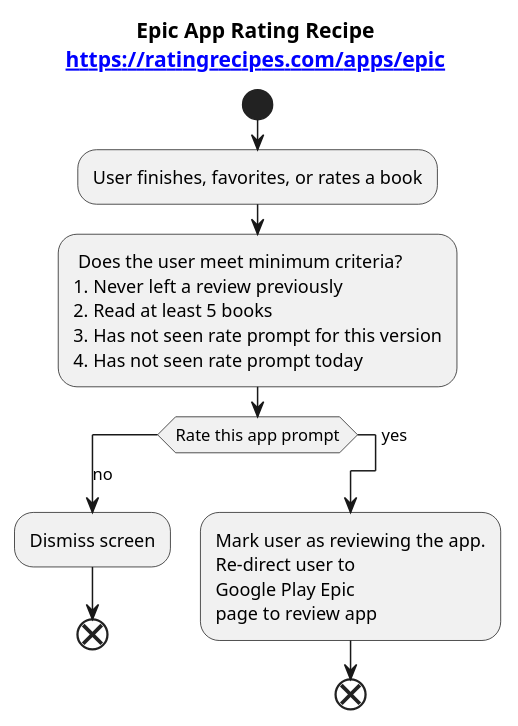
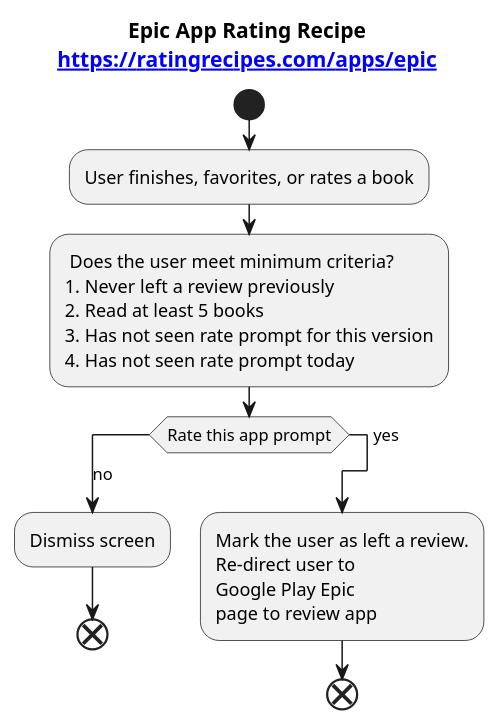
The diagram in apps/epic/flow.iuml (ratingrecipes/ratingrecipes), drawn with PlantUML before and after one commit.

```diff
--- a/apps/epic/flow.iuml
+++ b/apps/epic/flow.iuml
@@ -1,25 +1,25 @@
 @startuml
 
 title Epic App Rating Recipe\n[[https://ratingrecipes.com/apps/epic]]
 
 start
 
 :User finishes, favorites, or rates a book;
 : Does the user meet minimum criteria?
 # Never left a review previously
 # Read at least 5 books
 # Has not seen rate prompt for this version
 # Has not seen rate prompt today;
 switch (Rate this app prompt)
     case (no)
         :Dismiss screen;
     end
     case (yes)
-        :Mark user as reviewing the app.
+        :Mark the user as left a review.
         Re-direct user to
         Google Play Epic
         page to review app;
     end
 endswitch
 
 @enduml
```
